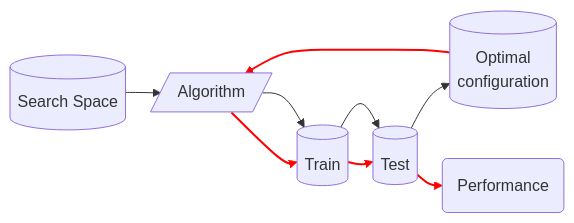
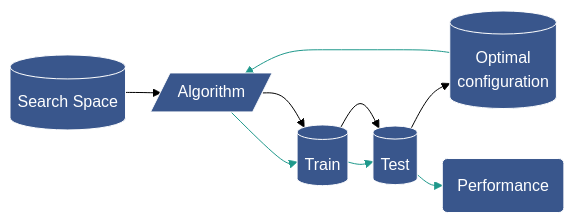
The diagram in book/optimization.qmd (mlr-org/mlr3book), drawn with Mermaid before and after one commit.

Commit message:
refactor: color figure 4.5

````diff
--- a/book/optimization.qmd
+++ b/book/optimization.qmd
@@ -488,22 +488,25 @@
 ```{mermaid wrong-tuning}
 %%| label: fig-bad-tuning
 %%| fig-cap: Illustration of biased tuning. An algorithm is tuned by training on the `Train` dataset and then the optimal configuration is selected by evaluation on the `Test` data. The model's performance is then evaluated with the optimal configuration on the same data.
 %%| alt-text: Flowchart representing biased tuning. The diagram shows input 'Search Space' passed into 'Algorithm' which then has a black arrow to 'Train',then a black arrow to 'Test', then a black arrow to 'Optimal configuration'. This has a red arrow back to 'Algorithm' then to 'Train' then to 'Test' then to 'Performance'. The diagram clearly shows the reuse of the same training and testing data.
 %%{init: { 'flowchart': {'rankSpacing': 25}}}%%
+
 flowchart LR
     search[(Search Space)]
     opt[(Optimal<br>configuration)]
     train[(Train)]
     test[(Test)]
     alg[/Algorithm/]
     search --> alg
     alg --> train
     alg --> train
     train --> test
     train --> test
     test --> opt
     test --> perf(Performance)
     opt --> alg
 
-    linkStyle 1,3,6,7 stroke-width:2px, stroke:red;
+    linkStyle 0,2,4,5 stroke:#000
+    linkStyle 1,3,6,7 stroke:#1F988BFF
+    classDef node fill:#39568CFF, color:#fff, stroke:#fff
 ```
````
